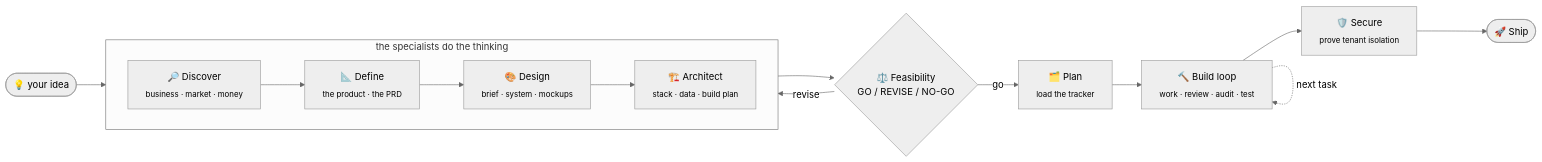
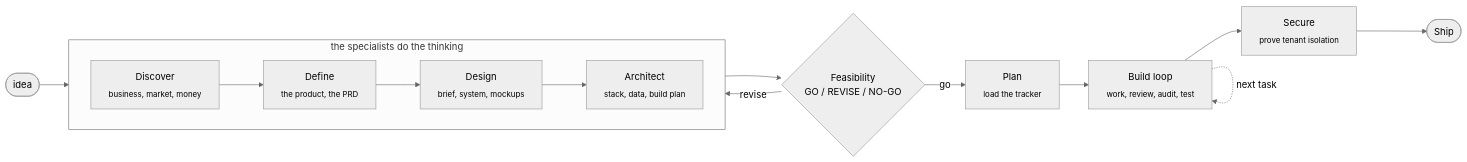
One commit to Bhargs24/keel changed the diagram in README.md. Above: the diagram before and after it, drawn with Mermaid (neutral theme). The commit also changed other lines of this file, not shown here.

````diff
--- a/README.md
+++ b/README.md
@@ -19,15 +33,15 @@
 ```mermaid
 flowchart LR
-    I([💡 your idea]) --> D
+    I([idea]) --> D
     subgraph RESEARCH [" the specialists do the thinking "]
       direction LR
-      D["🔎 Discover<br/><sub>business · market · money</sub>"] --> P["📐 Define<br/><sub>the product · the PRD</sub>"] --> DS["🎨 Design<br/><sub>brief · system · mockups</sub>"] --> A["🏗️ Architect<br/><sub>stack · data · build plan</sub>"]
+      D["Discover<br/><sub>business, market, money</sub>"] --> P["Define<br/><sub>the product, the PRD</sub>"] --> DS["Design<br/><sub>brief, system, mockups</sub>"] --> A["Architect<br/><sub>stack, data, build plan</sub>"]
     end
-    A --> F{"⚖️ Feasibility<br/>GO / REVISE / NO-GO"}
+    A --> F{"Feasibility<br/>GO / REVISE / NO-GO"}
     F -->|revise| D
-    F -->|go| PL["🗂️ Plan<br/><sub>load the tracker</sub>"]
-    PL --> B["🔨 Build loop<br/><sub>work · review · audit · test</sub>"]
-    B --> S["🛡️ Secure<br/><sub>prove tenant isolation</sub>"]
-    S --> SH([🚀 Ship])
+    F -->|go| PL["Plan<br/><sub>load the tracker</sub>"]
+    PL --> B["Build loop<br/><sub>work, review, audit, test</sub>"]
+    B --> S["Secure<br/><sub>prove tenant isolation</sub>"]
+    S --> SH([Ship])
     B -.->|next task| B
 ```
````
